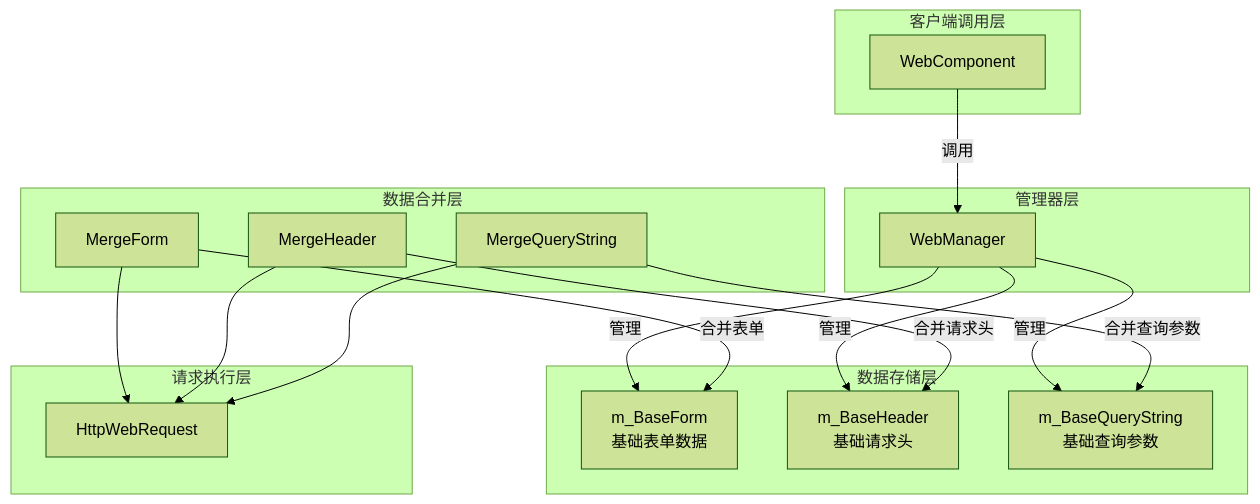
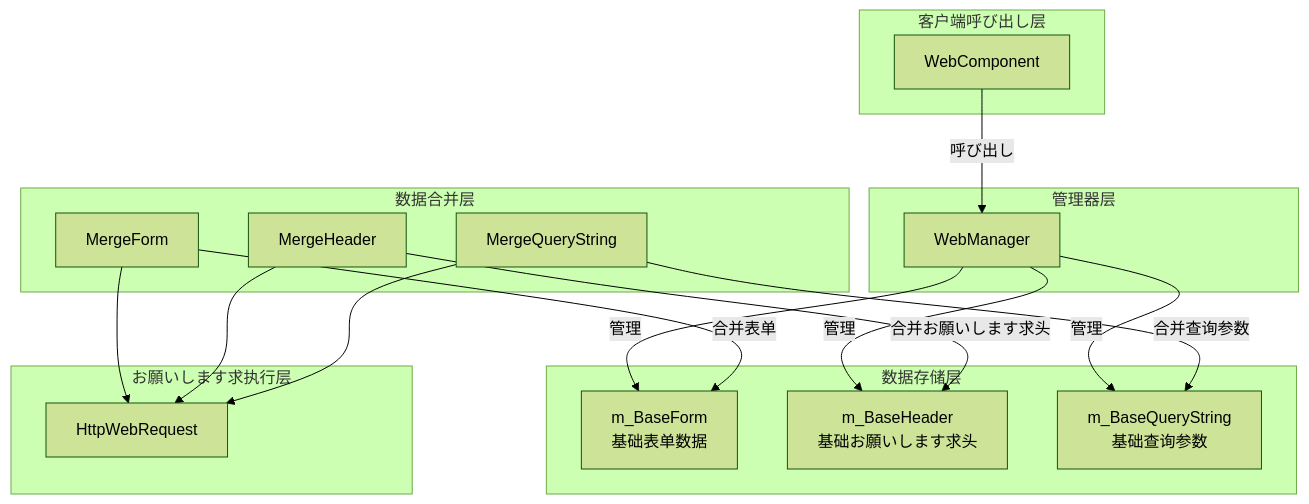
Before and after one commit to AlianBlank/GameFrameX.Docs: the first of 3 diagrams in docs/ja/client/unity/component/web/07.base-data.md, drawn with Mermaid (forest theme). The commit also changed other lines of this file and 603 other files, not shown here.

````diff
--- a/docs/ja/client/unity/component/web/07.base-data.md
+++ b/docs/ja/client/unity/component/web/07.base-data.md
@@ -28,37 +28,37 @@
 ```mermaid
 flowchart TD
-    subgraph Client["客户端调用层"]
+    subgraph Client["客户端呼び出し层"]
         WC[WebComponent]
     end
 
     subgraph Manager["管理器层"]
         WM[WebManager]
     end
 
     subgraph DataStore["数据存储层"]
         BF[m_BaseForm<br/>基础表单数据]
-        BH[m_BaseHeader<br/>基础请求头]
+        BH[m_BaseHeader<br/>基础お願いします求头]
         BQ[m_BaseQueryString<br/>基础查询参数]
     end
 
     subgraph Merger["数据合并层"]
         MF[MergeForm]
         MH[MergeHeader]
         MQ[MergeQueryString]
     end
 
-    subgraph Request["请求执行层"]
+    subgraph Request["お願いします求执行层"]
         HTTP[HttpWebRequest]
     end
 
-    WC -->|调用| WM
+    WC -->|呼び出し| WM
     WM -->|管理| BF
     WM -->|管理| BH
     WM -->|管理| BQ
     MF -->|合并表单| BF
-    MH -->|合并请求头| BH
+    MH -->|合并お願いします求头| BH
     MQ -->|合并查询参数| BQ
     MF --> HTTP
     MH --> HTTP
     MQ --> HTTP
 ```
````
